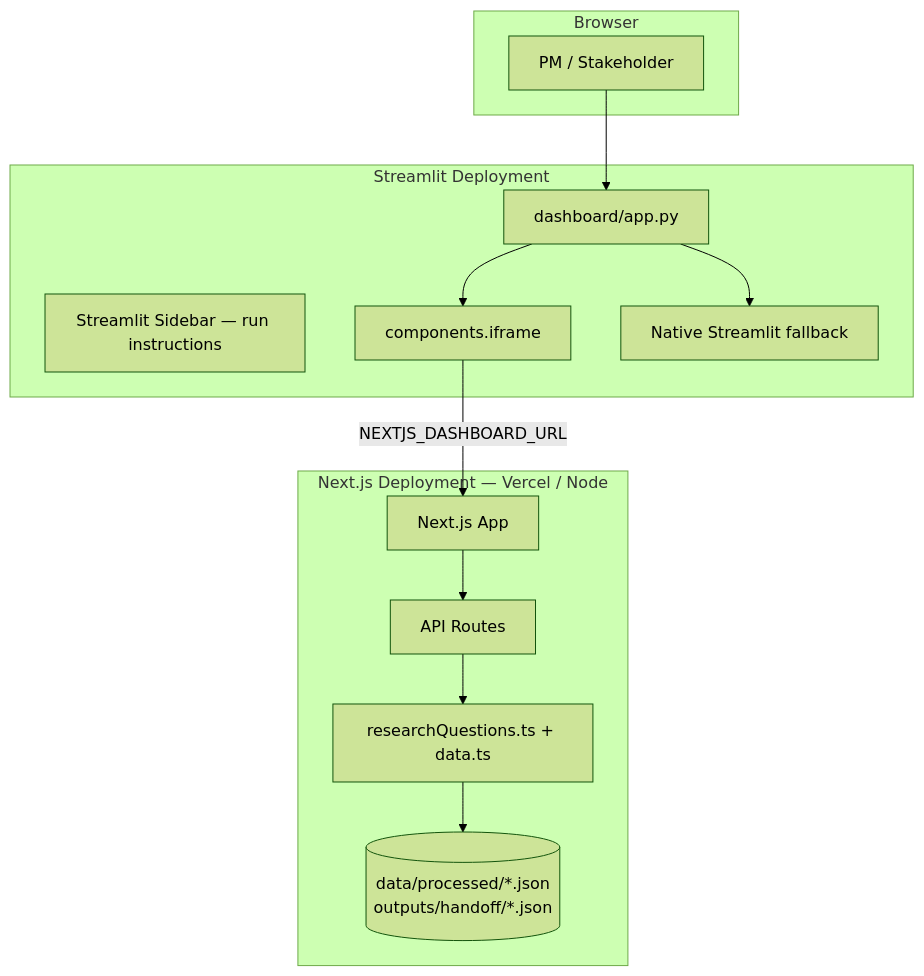
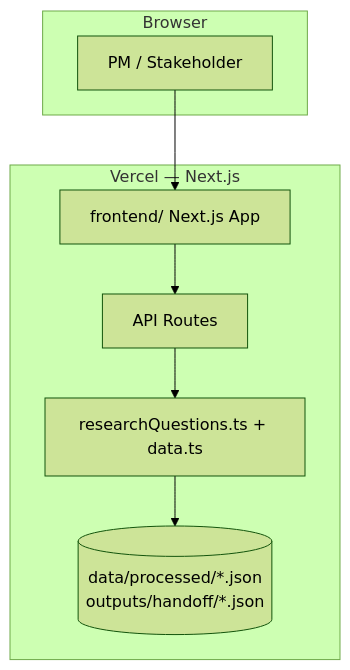
One commit to saurabhbhatia05/swiggy-instamart-order-discovery-engine changed the sixth of 6 diagrams in doc/architecture/phase1-ai-discovery-engine.md. Above: the diagram before and after it, drawn with Mermaid (forest theme). The commit also changed other lines of this file and 20 other files, not shown here.

First line of the commit message:
Remove unused files and update docs for Vercel-only deployment.

````diff
--- a/doc/architecture/phase1-ai-discovery-engine.md
+++ b/doc/architecture/phase1-ai-discovery-engine.md
@@ -548,26 +550,16 @@
 ```mermaid
 flowchart TB
     subgraph Client["Browser"]
         USER[PM / Stakeholder]
     end
 
-    subgraph StreamlitDeploy["Streamlit Deployment"]
-        ENTRY[dashboard/app.py]
-        SIDEBAR[Streamlit Sidebar — run instructions]
-        IFRAME[components.iframe]
-        FALLBACK[Native Streamlit fallback]
-        ENTRY --> IFRAME
-        ENTRY --> FALLBACK
-    end
-
-    subgraph NextJSDeploy["Next.js Deployment — Vercel / Node"]
-        APP[Next.js App]
+    subgraph VercelDeploy["Vercel — Next.js"]
+        APP[frontend/ Next.js App]
         ROUTES[API Routes]
         LIB[researchQuestions.ts + data.ts]
         FILES[(data/processed/*.json<br/>outputs/handoff/*.json)]
         APP --> ROUTES --> LIB --> FILES
     end
 
-    USER --> ENTRY
-    IFRAME -->|NEXTJS_DASHBOARD_URL| APP
+    USER --> APP
 ```
````
